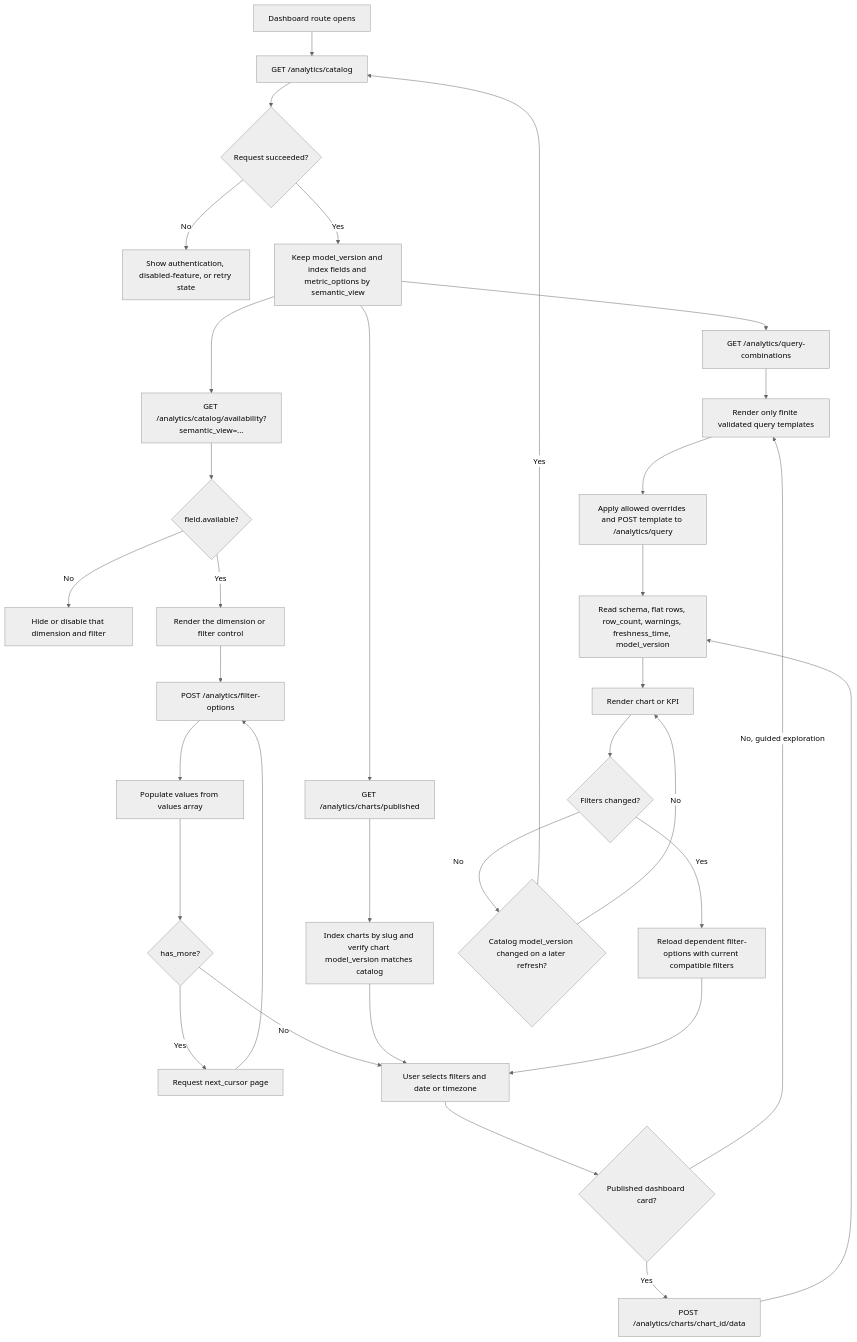
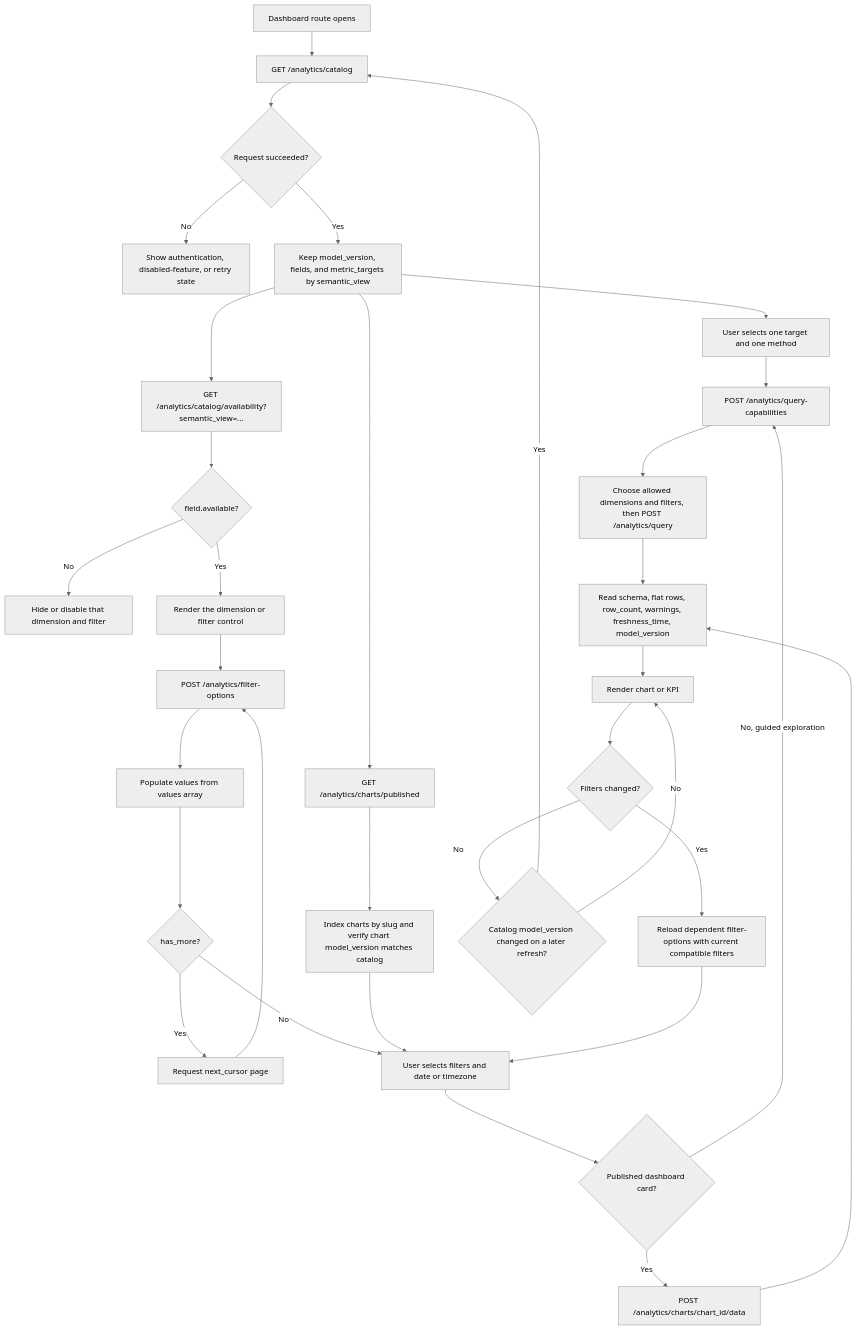
One commit to jimmy0905/CLS-2-Backend changed the first of 3 diagrams in docs/FRONTEND_DASHBOARD_ANALYTICS_WORKFLOW.md. Above: the diagram before and after it, drawn with Mermaid (neutral theme). The commit also changed other lines of this file and 23 other files, not shown here.

````diff
--- a/docs/FRONTEND_DASHBOARD_ANALYTICS_WORKFLOW.md
+++ b/docs/FRONTEND_DASHBOARD_ANALYTICS_WORKFLOW.md
@@ -13,40 +16,40 @@
 ```mermaid
 flowchart TD
     A[Dashboard route opens] --> B[GET /analytics/catalog]
     B --> C{Request succeeded?}
     C -- No --> C1[Show authentication, disabled-feature, or retry state]
-    C -- Yes --> D[Keep model_version and index fields and metric_options by semantic_view]
-    D --> V[GET /analytics/query-combinations]
-    V --> V1[Render only finite validated query templates]
+    C -- Yes --> D[Keep model_version, fields, and metric_targets by semantic_view]
+    D --> V[User selects one target and one method]
+    V --> V1[POST /analytics/query-capabilities]
 
     D --> E[GET /analytics/catalog/availability?semantic_view=...]
     E --> F{field.available?}
     F -- No --> F1[Hide or disable that dimension and filter]
     F -- Yes --> G[Render the dimension or filter control]
 
     D --> H[GET /analytics/charts/published]
     H --> I[Index charts by slug and verify chart model_version matches catalog]
 
     G --> J[POST /analytics/filter-options]
     J --> K[Populate values from values array]
     K --> L{has_more?}
     L -- Yes --> J1[Request next_cursor page]
     J1 --> J
     L -- No --> M[User selects filters and date or timezone]
     I --> M
 
     M --> N{Published dashboard card?}
     N -- Yes --> O[POST /analytics/charts/chart_id/data]
     N -- No, guided exploration --> V1
-    V1 --> P[Apply allowed overrides and POST template to /analytics/query]
+    V1 --> P[Choose allowed dimensions and filters, then POST /analytics/query]
     O --> Q[Read schema, flat rows, row_count, warnings, freshness_time, model_version]
     P --> Q
     Q --> R[Render chart or KPI]
 
     R --> S{Filters changed?}
     S -- Yes --> T[Reload dependent filter-options with current compatible filters]
     T --> M
     S -- No --> U{Catalog model_version changed on a later refresh?}
     U -- Yes --> B
     U -- No --> R
 ```
````
